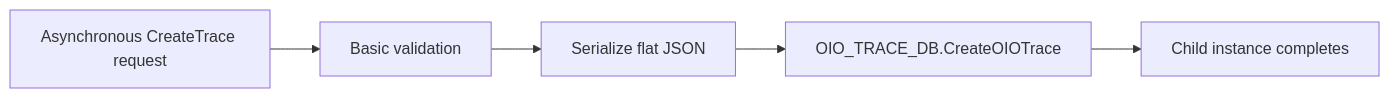
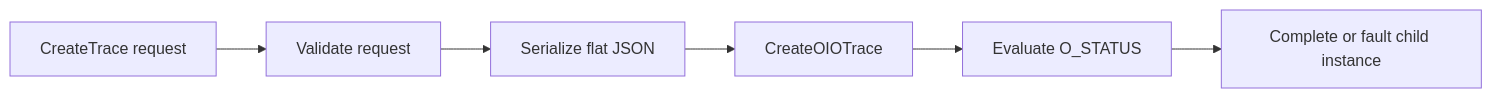
One commit to lucianosilva/oracle-integration-observability changed the first of 3 diagrams in oic/implementation-pattern.md. Above: the diagram before and after it, drawn with Mermaid. The commit also changed other lines of this file and 9 other files, not shown here.

````diff
--- a/oic/implementation-pattern.md
+++ b/oic/implementation-pattern.md
@@ -61,7 +52,8 @@
 ```mermaid
 flowchart LR
-    A[Asynchronous CreateTrace request] --> B[Basic validation]
+    A[CreateTrace request] --> B[Validate request]
     B --> C[Serialize flat JSON]
-    C --> D[OIO_TRACE_DB.CreateOIOTrace]
-    D --> E[Child instance completes]
+    C --> D[CreateOIOTrace]
+    D --> E[Evaluate O_STATUS]
+    E --> F[Complete or fault child instance]
 ```
````
